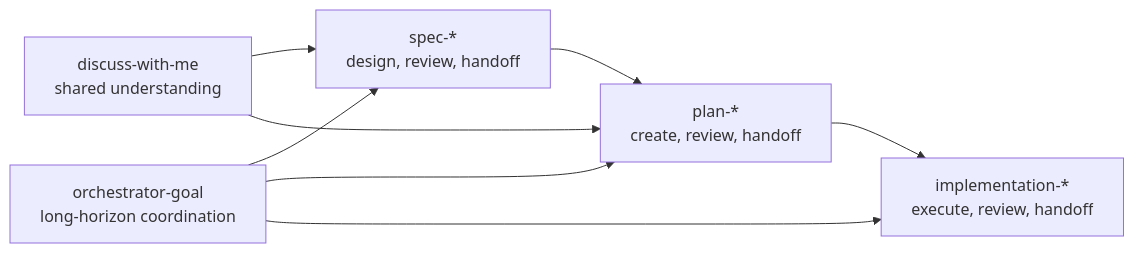
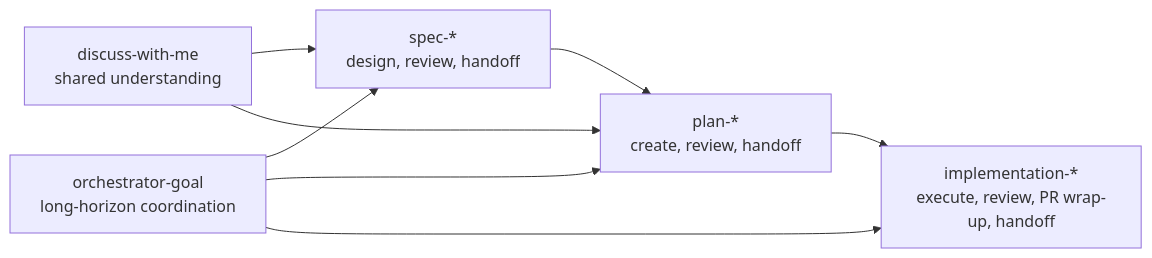
The diagram in README.md (ShravanSunder/ai-tools), drawn with Mermaid before and after one commit. The commit also changed other lines of this file and 33 other files, not shown here.

Commit message:
Add implementation PR wrap-up skill

````diff
--- a/README.md
+++ b/README.md
@@ -32,17 +32,17 @@
 ```mermaid
 flowchart LR
     discuss["discuss-with-me<br/>shared understanding"]
     goal["orchestrator-goal<br/>long-horizon coordination"]
 
     spec["spec-*<br/>design, review, handoff"]
     plan["plan-*<br/>create, review, handoff"]
-    impl["implementation-*<br/>execute, review, handoff"]
+    impl["implementation-*<br/>execute, review, PR wrap-up, handoff"]
 
     discuss --> spec
     discuss --> plan
     goal --> spec
     goal --> plan
     goal --> impl
     spec --> plan
     plan --> impl
 ```
````
